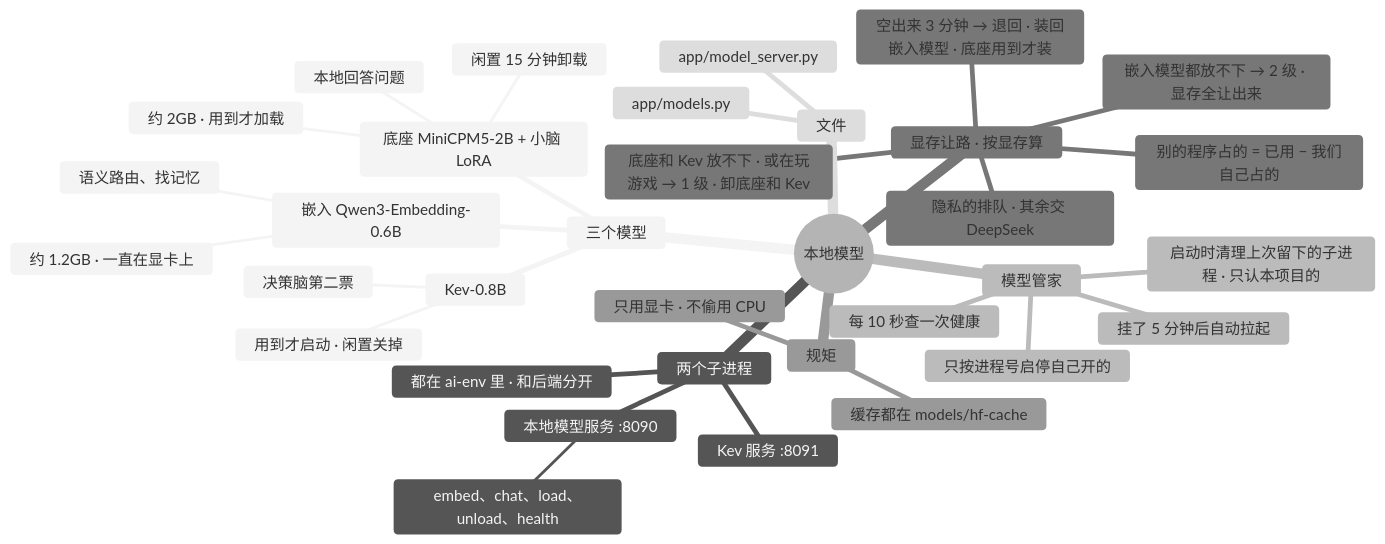
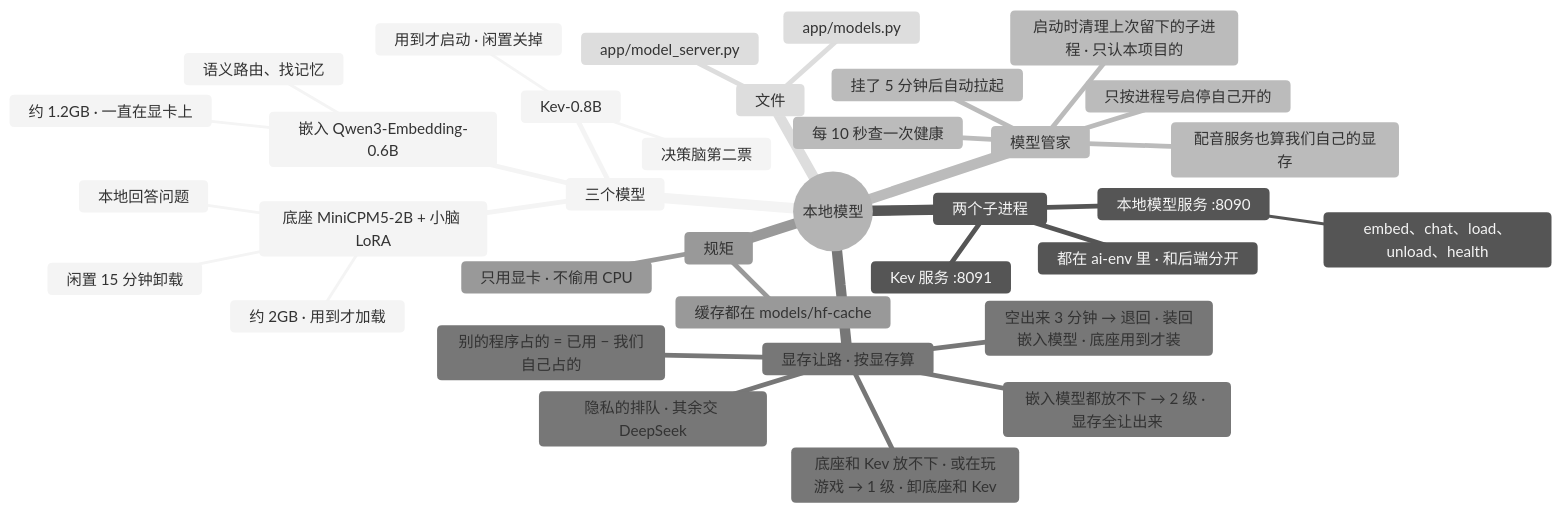
The diagram in docs/AI文档/架构/02-本地模型.md (lql-076/Experiment-Agent-One), drawn with Mermaid (neutral theme) before and after one commit. The commit also changed other lines of this file and 38 other files, not shown here.

````diff
--- a/docs/AI文档/架构/02-本地模型.md
+++ b/docs/AI文档/架构/02-本地模型.md
@@ -9,40 +9,42 @@
 ```mermaid
 mindmap
   root((本地模型))
     三个模型
       嵌入 Qwen3-Embedding-0.6B
         语义路由、找记忆
         约 1.2GB · 一直在显卡上
       底座 MiniCPM5-2B + 小脑 LoRA
         本地回答问题
         约 2GB · 用到才加载
         闲置 15 分钟卸载
       Kev-0.8B
       :::svc-kev
         决策脑第二票
         用到才启动 · 闲置关掉
     两个子进程
       本地模型服务 :8090
       :::svc-model
         embed、chat、load、unload、health
       Kev 服务 :8091
       :::svc-kev
       都在 ai-env 里 · 和后端分开
     模型管家
       每 10 秒查一次健康
       挂了 5 分钟后自动拉起
       只按进程号启停自己开的
       启动时清理上次留下的子进程 · 只认本项目的
+      配音服务也算我们自己的显存
+      :::go-14
     显存让路 · 按显存算
       别的程序占的 = 已用 − 我们自己占的
       底座和 Kev 放不下 · 或在玩游戏 → 1 级 · 卸底座和 Kev
       嵌入模型都放不下 → 2 级 · 显存全让出来
       空出来 3 分钟 → 退回 · 装回嵌入模型 · 底座用到才装
       隐私的排队 · 其余交 DeepSeek
     规矩
       只用显卡 · 不偷用 CPU
       缓存都在 models/hf-cache
     文件
       app/models.py
       app/model_server.py
 ```
````
